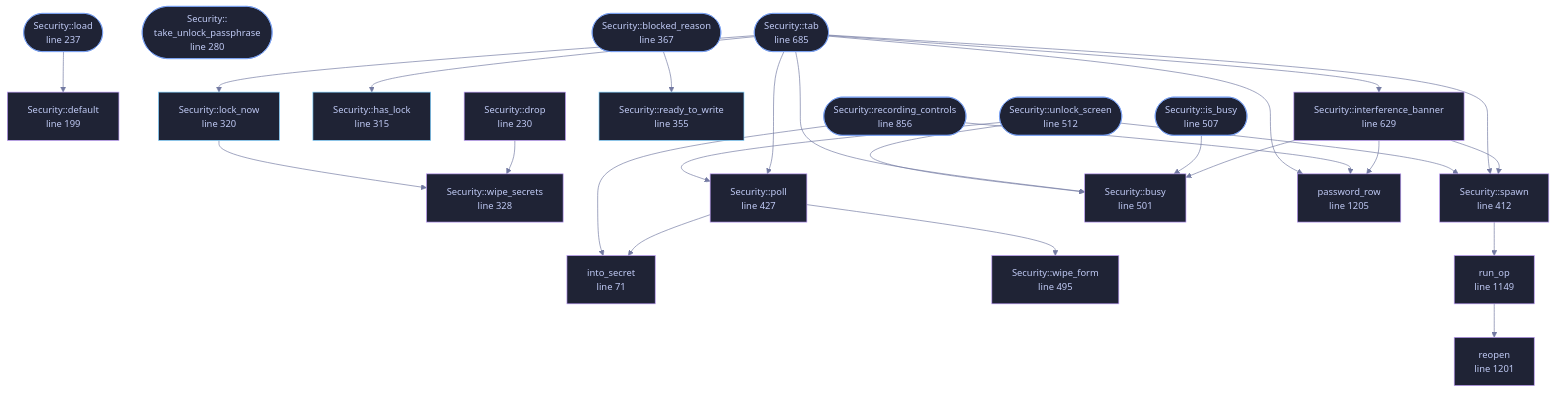
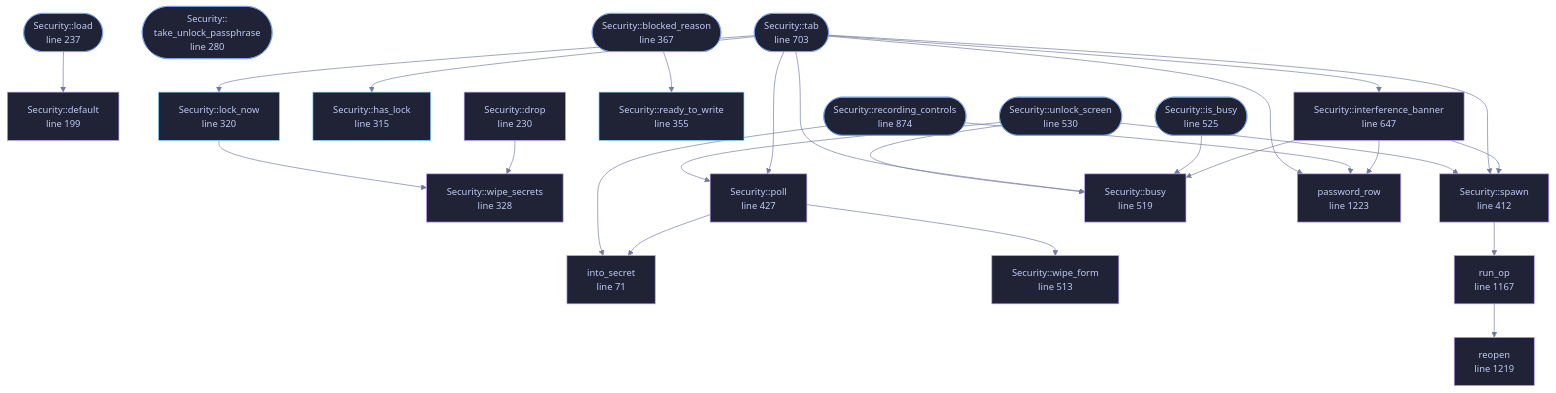
One commit to tilas01/veilvoice changed the diagram in docs/files/veilvoice-gui/security.md. Above: the diagram before and after it, drawn with Mermaid. The commit also changed other lines of this file and 30 other files, not shown here.

````diff
--- a/docs/files/veilvoice-gui/security.md
+++ b/docs/files/veilvoice-gui/security.md
@@ -135,78 +135,78 @@
 ```mermaid
 %%{init: {"theme":"base","themeVariables":{"background":"#1a1b26","primaryColor":"#1f2335","primaryTextColor":"#c0caf5","primaryBorderColor":"#7aa2f7","secondaryColor":"#16161e","tertiaryColor":"#16161e","lineColor":"#737aa2","textColor":"#c0caf5","mainBkg":"#1f2335","nodeBorder":"#7aa2f7","clusterBkg":"#16161e","clusterBorder":"#2f3549","fontFamily":"ui-monospace, SFMono-Regular, Consolas, monospace","fontSize":"14px"}}}%%
 flowchart TD
     n_into_secret["into_secret<br/>line 71"]
     n_default["Security::default<br/>line 199"]
     n_drop["Security::drop<br/>line 230"]
     n_load(["Security::load<br/>line 237"])
     n_take_unlock_passphrase(["Security::<br/>take_unlock_passphrase<br/>line 280"])
     n_has_lock["Security::has_lock<br/>line 315"]
     n_lock_now["Security::lock_now<br/>line 320"]
     n_wipe_secrets["Security::wipe_secrets<br/>line 328"]
     n_ready_to_write["Security::ready_to_write<br/>line 355"]
     n_blocked_reason(["Security::blocked_reason<br/>line 367"])
     n_spawn["Security::spawn<br/>line 412"]
     n_poll["Security::poll<br/>line 427"]
-    n_wipe_form["Security::wipe_form<br/>line 495"]
-    n_busy["Security::busy<br/>line 501"]
-    n_is_busy(["Security::is_busy<br/>line 507"])
-    n_unlock_screen(["Security::unlock_screen<br/>line 512"])
-    n_interference_banner["Security::interference_banner<br/>line 629"]
-    n_tab(["Security::tab<br/>line 685"])
-    n_recording_controls(["Security::recording_controls<br/>line 856"])
-    n_run_op["run_op<br/>line 1149"]
-    n_reopen["reopen<br/>line 1201"]
-    n_password_row["password_row<br/>line 1205"]
+    n_wipe_form["Security::wipe_form<br/>line 513"]
+    n_busy["Security::busy<br/>line 519"]
+    n_is_busy(["Security::is_busy<br/>line 525"])
+    n_unlock_screen(["Security::unlock_screen<br/>line 530"])
+    n_interference_banner["Security::interference_banner<br/>line 647"]
+    n_tab(["Security::tab<br/>line 703"])
+    n_recording_controls(["Security::recording_controls<br/>line 874"])
+    n_run_op["run_op<br/>line 1167"]
+    n_reopen["reopen<br/>line 1219"]
+    n_password_row["password_row<br/>line 1223"]
     n_blocked_reason --> n_ready_to_write
     n_drop --> n_wipe_secrets
     n_interference_banner --> n_busy
     n_interference_banner --> n_password_row
     n_interference_banner --> n_spawn
     n_is_busy --> n_busy
     n_load --> n_default
     n_lock_now --> n_wipe_secrets
     n_poll --> n_into_secret
     n_poll --> n_wipe_form
     n_recording_controls --> n_into_secret
     n_recording_controls --> n_password_row
     n_run_op --> n_reopen
     n_spawn --> n_run_op
     n_tab --> n_busy
     n_tab --> n_has_lock
     n_tab --> n_interference_banner
     n_tab --> n_lock_now
     n_tab --> n_password_row
     n_tab --> n_poll
     n_tab --> n_spawn
     n_unlock_screen --> n_busy
     n_unlock_screen --> n_poll
     n_unlock_screen --> n_spawn
     click n_into_secret href "https://github.com/tilas01/veilvoice/blob/main/crates/veilvoice-gui/src/security.rs#L71" "open the source"
     click n_default href "https://github.com/tilas01/veilvoice/blob/main/crates/veilvoice-gui/src/security.rs#L199" "open the source"
     click n_drop href "https://github.com/tilas01/veilvoice/blob/main/crates/veilvoice-gui/src/security.rs#L230" "open the source"
     click n_load href "https://github.com/tilas01/veilvoice/blob/main/crates/veilvoice-gui/src/security.rs#L237" "open the source"
     click n_take_unlock_passphrase href "https://github.com/tilas01/veilvoice/blob/main/crates/veilvoice-gui/src/security.rs#L280" "open the source"
     click n_has_lock href "https://github.com/tilas01/veilvoice/blob/main/crates/veilvoice-gui/src/security.rs#L315" "open the source"
     click n_lock_now href "https://github.com/tilas01/veilvoice/blob/main/crates/veilvoice-gui/src/security.rs#L320" "open the source"
     click n_wipe_secrets href "https://github.com/tilas01/veilvoice/blob/main/crates/veilvoice-gui/src/security.rs#L328" "open the source"
     click n_ready_to_write href "https://github.com/tilas01/veilvoice/blob/main/crates/veilvoice-gui/src/security.rs#L355" "open the source"
     click n_blocked_reason href "https://github.com/tilas01/veilvoice/blob/main/crates/veilvoice-gui/src/security.rs#L367" "open the source"
     click n_spawn href "https://github.com/tilas01/veilvoice/blob/main/crates/veilvoice-gui/src/security.rs#L412" "open the source"
     click n_poll href "https://github.com/tilas01/veilvoice/blob/main/crates/veilvoice-gui/src/security.rs#L427" "open the source"
-    click n_wipe_form href "https://github.com/tilas01/veilvoice/blob/main/crates/veilvoice-gui/src/security.rs#L495" "open the source"
-    click n_busy href "https://github.com/tilas01/veilvoice/blob/main/crates/veilvoice-gui/src/security.rs#L501" "open the source"
-    click n_is_busy href "https://github.com/tilas01/veilvoice/blob/main/crates/veilvoice-gui/src/security.rs#L507" "open the source"
-    click n_unlock_screen href "https://github.com/tilas01/veilvoice/blob/main/crates/veilvoice-gui/src/security.rs#L512" "open the source"
-    click n_interference_banner href "https://github.com/tilas01/veilvoice/blob/main/crates/veilvoice-gui/src/security.rs#L629" "open the source"
-    click n_tab href "https://github.com/tilas01/veilvoice/blob/main/crates/veilvoice-gui/src/security.rs#L685" "open the source"
-    click n_recording_controls href "https://github.com/tilas01/veilvoice/blob/main/crates/veilvoice-gui/src/security.rs#L856" "open the source"
-    click n_run_op href "https://github.com/tilas01/veilvoice/blob/main/crates/veilvoice-gui/src/security.rs#L1149" "open the source"
-    click n_reopen href "https://github.com/tilas01/veilvoice/blob/main/crates/veilvoice-gui/src/security.rs#L1201" "open the source"
-    click n_password_row href "https://github.com/tilas01/veilvoice/blob/main/crates/veilvoice-gui/src/security.rs#L1205" "open the source"
+    click n_wipe_form href "https://github.com/tilas01/veilvoice/blob/main/crates/veilvoice-gui/src/security.rs#L513" "open the source"
+    click n_busy href "https://github.com/tilas01/veilvoice/blob/main/crates/veilvoice-gui/src/security.rs#L519" "open the source"
+    click n_is_busy href "https://github.com/tilas01/veilvoice/blob/main/crates/veilvoice-gui/src/security.rs#L525" "open the source"
+    click n_unlock_screen href "https://github.com/tilas01/veilvoice/blob/main/crates/veilvoice-gui/src/security.rs#L530" "open the source"
+    click n_interference_banner href "https://github.com/tilas01/veilvoice/blob/main/crates/veilvoice-gui/src/security.rs#L647" "open the source"
+    click n_tab href "https://github.com/tilas01/veilvoice/blob/main/crates/veilvoice-gui/src/security.rs#L703" "open the source"
+    click n_recording_controls href "https://github.com/tilas01/veilvoice/blob/main/crates/veilvoice-gui/src/security.rs#L874" "open the source"
+    click n_run_op href "https://github.com/tilas01/veilvoice/blob/main/crates/veilvoice-gui/src/security.rs#L1167" "open the source"
+    click n_reopen href "https://github.com/tilas01/veilvoice/blob/main/crates/veilvoice-gui/src/security.rs#L1219" "open the source"
+    click n_password_row href "https://github.com/tilas01/veilvoice/blob/main/crates/veilvoice-gui/src/security.rs#L1223" "open the source"
     classDef entry fill:#1f2335,stroke:#7aa2f7,color:#c0caf5
     class n_load,n_take_unlock_passphrase,n_blocked_reason,n_is_busy,n_unlock_screen,n_tab,n_recording_controls entry
     classDef api fill:#1f2335,stroke:#7dcfff,color:#c0caf5
     class n_has_lock,n_lock_now,n_ready_to_write api
     classDef helper fill:#1f2335,stroke:#bb9af7,color:#c0caf5
     class n_into_secret,n_default,n_drop,n_wipe_secrets,n_spawn,n_poll,n_wipe_form,n_busy,n_interference_banner,n_run_op,n_reopen,n_password_row helper
 ```
````
